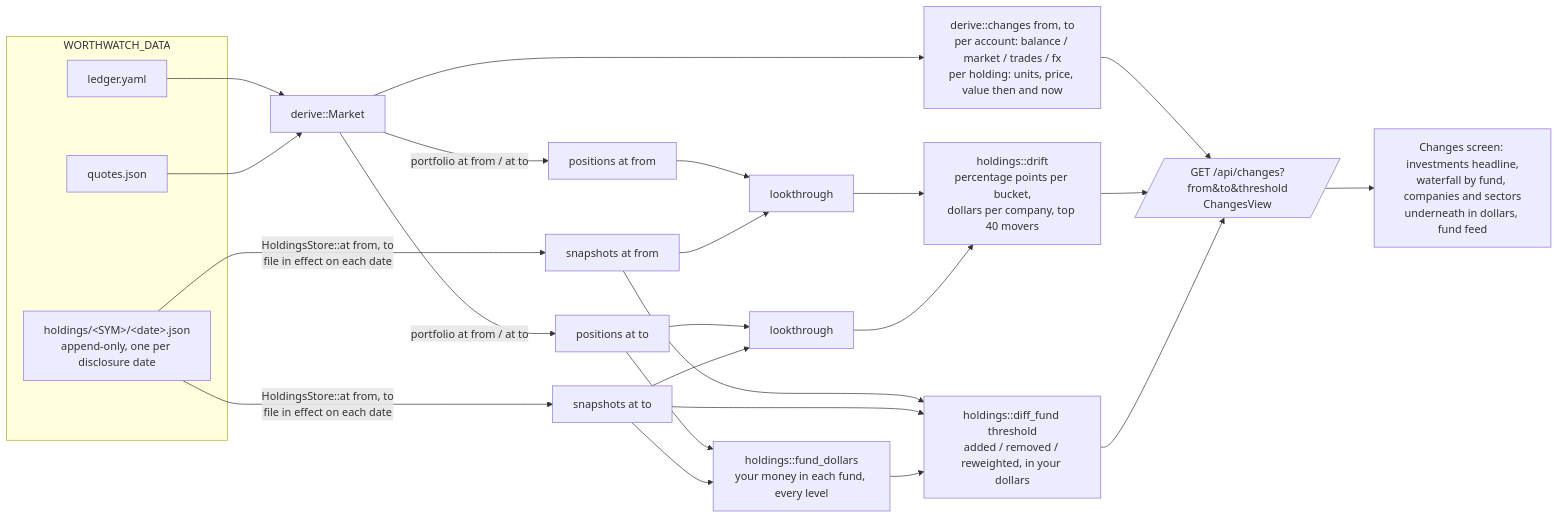
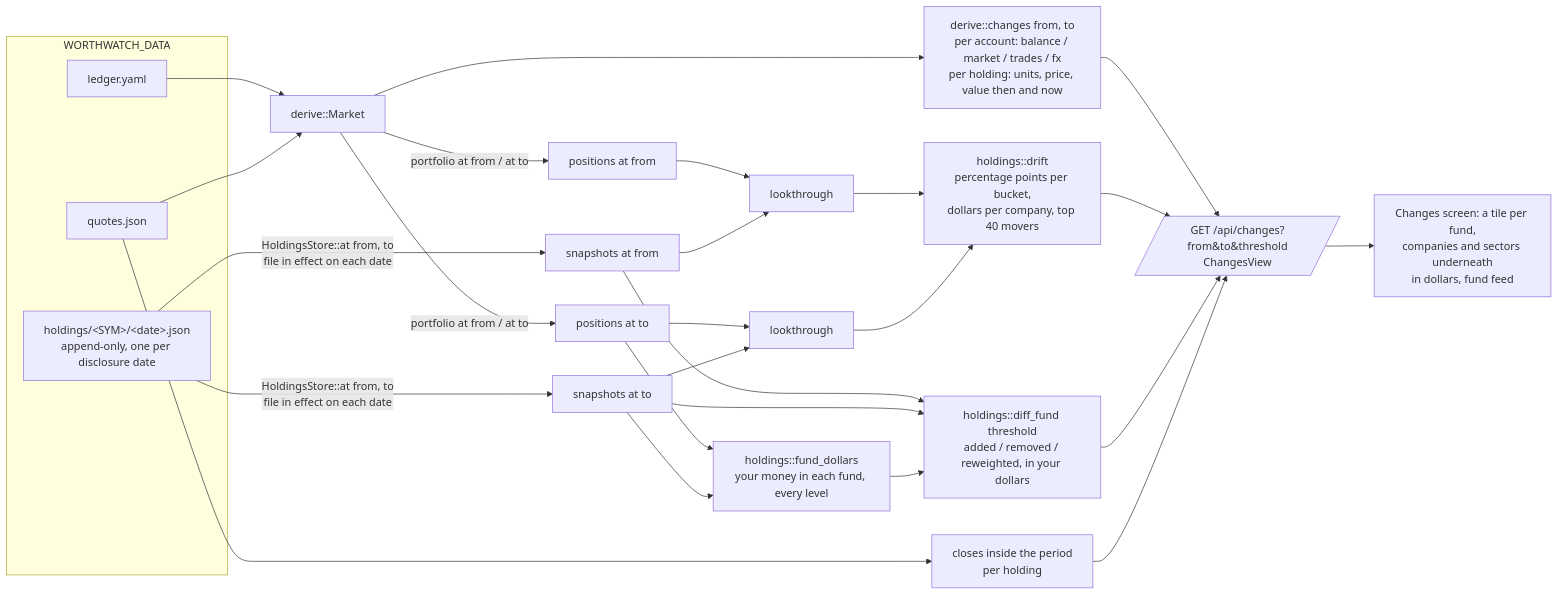
The fourth of 9 diagrams in docs/develop/data-flows.md (Akazai-A/Worthwatch), drawn with Mermaid before and after one commit. The commit also changed other lines of this file and 6 other files, not shown here.

First line of the commit message:
Changes: fund tiles at the top; drop the waterfall and draft variants

````diff
--- a/docs/develop/data-flows.md
+++ b/docs/develop/data-flows.md
@@ -133,19 +133,21 @@
 ```mermaid
 flowchart LR
   subgraph disk [WORTHWATCH_DATA]
     L[ledger.yaml]
     Q[quotes.json]
     H[holdings/&lt;SYM&gt;/&lt;date&gt;.json<br/>append-only, one per disclosure date]
   end
   L & Q --> M[derive::Market]
   M --> C[derive::changes from, to<br/>per account: balance / market / trades / fx<br/>per holding: units, price, value then and now]
   H -->|HoldingsStore::at from, to<br/>file in effect on each date| S0[snapshots at from] & S1[snapshots at to]
   M -->|portfolio at from / at to| P0[positions at from] & P1[positions at to]
   P0 & S0 --> LT0[lookthrough]
   P1 & S1 --> LT1[lookthrough]
   LT0 & LT1 --> DR[holdings::drift<br/>percentage points per bucket,<br/>dollars per company, top 40 movers]
   P1 & S1 --> FD[holdings::fund_dollars<br/>your money in each fund, every level]
   S0 & S1 & FD --> FF[holdings::diff_fund threshold<br/>added / removed / reweighted, in your dollars]
   C & DR & FF --> V[/GET /api/changes?from&to&threshold<br/>ChangesView/]
-  V --> UI[Changes screen: investments headline,<br/>waterfall by fund, companies and sectors<br/>underneath in dollars, fund feed]
+  Q --> PA[closes inside the period<br/>per holding]
+  PA --> V
+  V --> UI[Changes screen: a tile per fund,<br/>companies and sectors underneath<br/>in dollars, fund feed]
 ```
````
